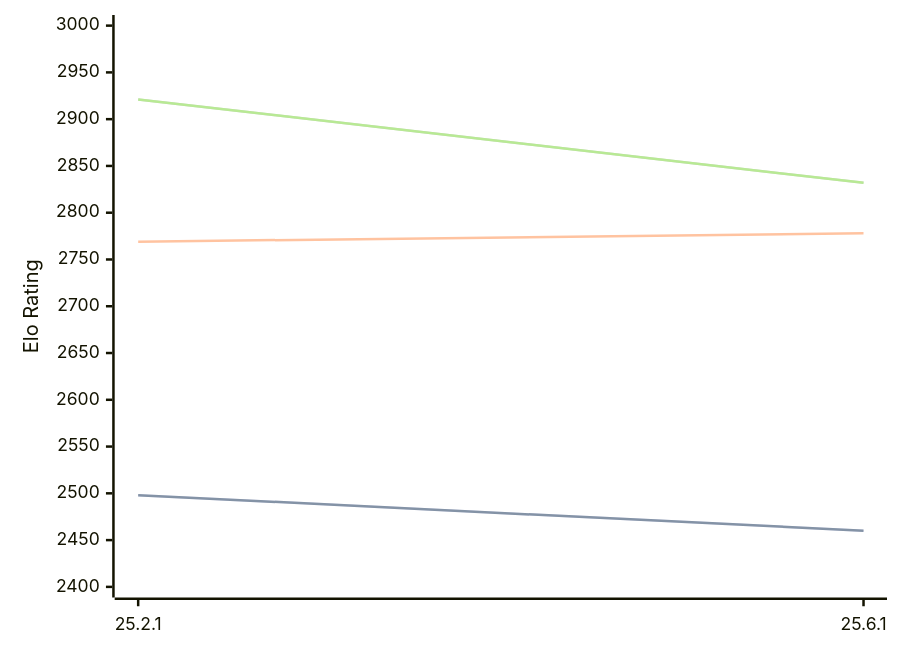
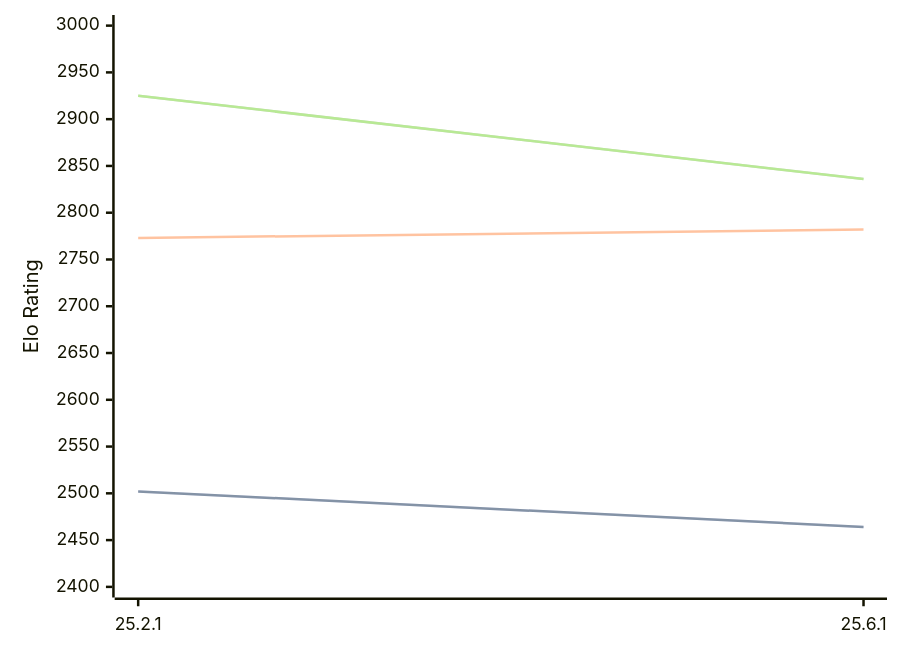
Before and after one commit to computer-chess-index/cci: the diagram in engines/Crafty.md, drawn with Mermaid. The commit also changed other lines of this file, not shown here.

Commit message:
Update CCI Ratings (ELO VLTC) - 2026-08-18

````diff
--- a/engines/Crafty.md
+++ b/engines/Crafty.md
@@ -32,11 +32,11 @@
 ```mermaid
 %%{init: {"theme":"base","themeVariables":{"seriesColors:['#a3a3a3','#222221','#faa371']}}}%%
 xychart-beta
   x-axis ["25.2.1", "25.6.1"]
   y-axis "Elo Rating" 2400 --> 3000
-  line "STC (8.0+0.08s)" [2498, 2460]
-  line "STC (8.0+0.08s)" [2498, 2460]
-  line "LTC (60.0+0.60s)" [2769, 2778]
-  line "VLTC (2m24s+1.12s)" [2921, 2832]
-  line "VLTC (2m24s+1.12s)" [2921, 2832]
+  line "STC (8.0+0.08s)" [2502, 2464]
+  line "STC (8.0+0.08s)" [2502, 2464]
+  line "LTC (60.0+0.60s)" [2773, 2782]
+  line "VLTC (2m24s+1.12s)" [2925, 2836]
+  line "VLTC (2m24s+1.12s)" [2925, 2836]
 ```
````
